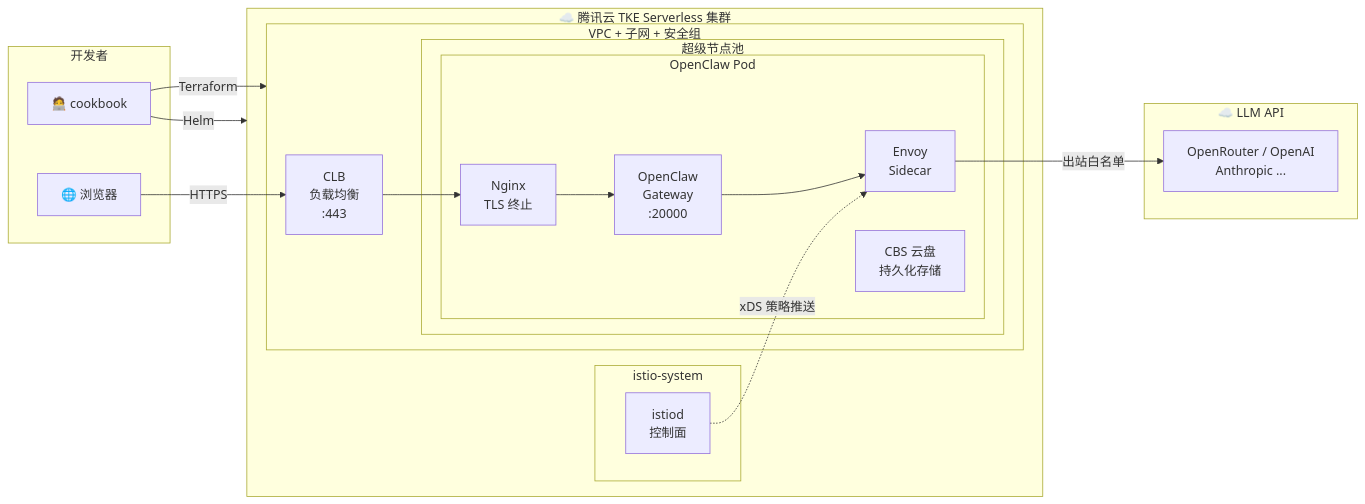
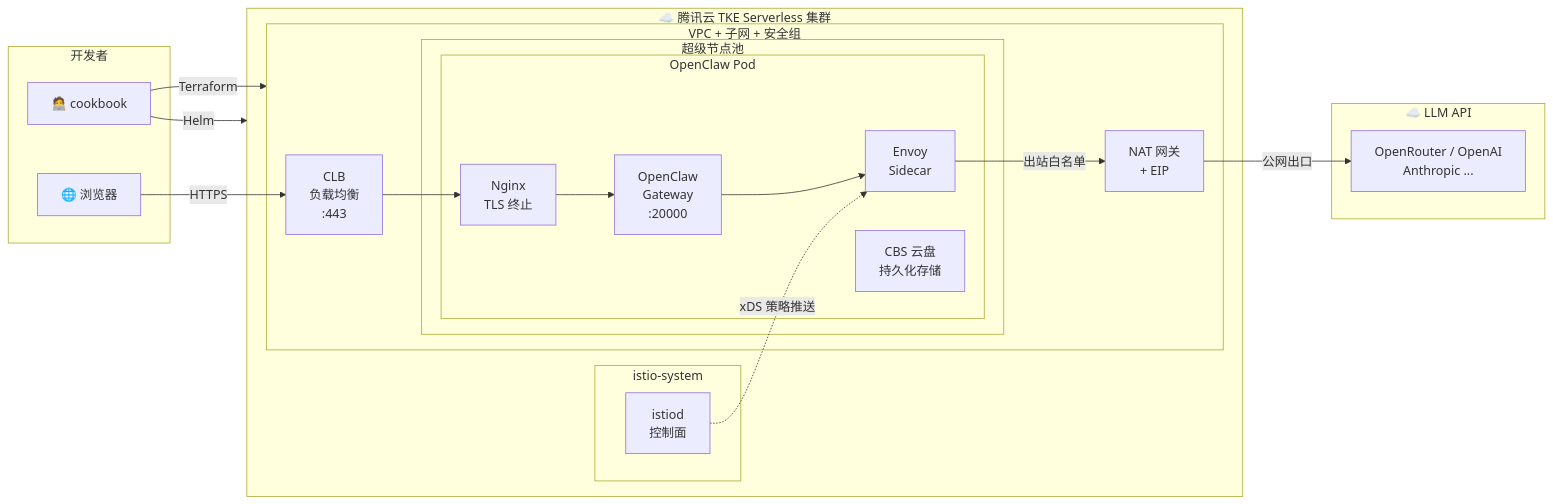
Before and after one commit to tke-workshop/openclaw-on-tke-serverless-cookbook: the diagram in README.md, drawn with Mermaid. The commit also changed other lines of this file and 11 other files, not shown here.

````diff
--- a/README.md
+++ b/README.md
@@ -53,37 +53,39 @@
 ```mermaid
 graph LR
   subgraph 开发者
     Dev["🧑‍💻 cookbook"]
     Browser["🌐 浏览器"]
   end
 
   subgraph TKE["☁️ 腾讯云 TKE Serverless 集群"]
     subgraph IS["istio-system"]
       Istiod["istiod<br/>控制面"]
     end
     subgraph VPC["VPC + 子网 + 安全组"]
       CLB["CLB<br/>负载均衡<br/>:443"]
+      NAT["NAT 网关<br/>+ EIP"]
       subgraph Pool["超级节点池"]
         subgraph Pod["OpenClaw Pod"]
           Envoy["Envoy<br/>Sidecar"]
           Nginx["Nginx<br/>TLS 终止"]
           Gateway["OpenClaw<br/>Gateway<br/>:20000"]
           CBS["CBS 云盘<br/>持久化存储"]
         end
       end
     end
   end
 
   subgraph LLM["☁️ LLM API"]
     API["OpenRouter / OpenAI<br/>Anthropic ..."]
   end
 
   Dev -- "Terraform" --> VPC
   Dev -- "Helm" --> TKE
   Browser -- "HTTPS" --> CLB
   CLB --> Nginx
   Nginx --> Gateway
   Gateway --> Envoy
-  Envoy -- "出站白名单" --> API
+  Envoy -- "出站白名单" --> NAT
+  NAT -- "公网出口" --> API
   Istiod -. "xDS 策略推送" .-> Envoy
 ```
````
